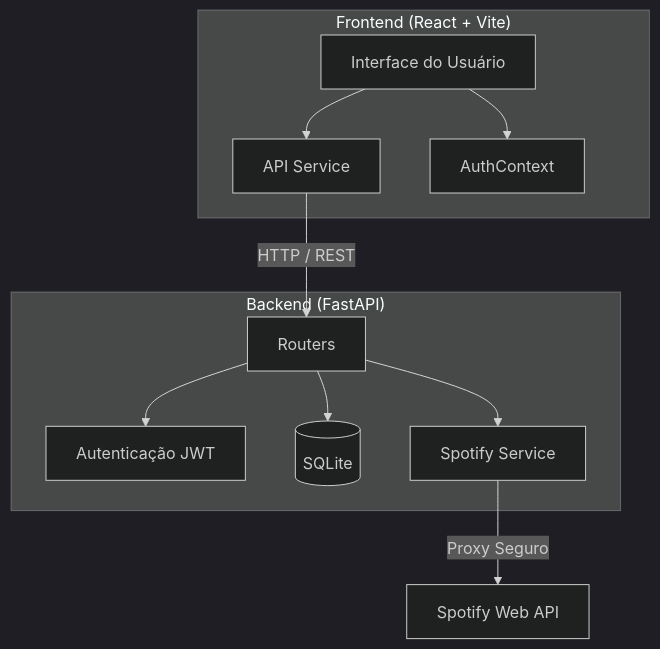
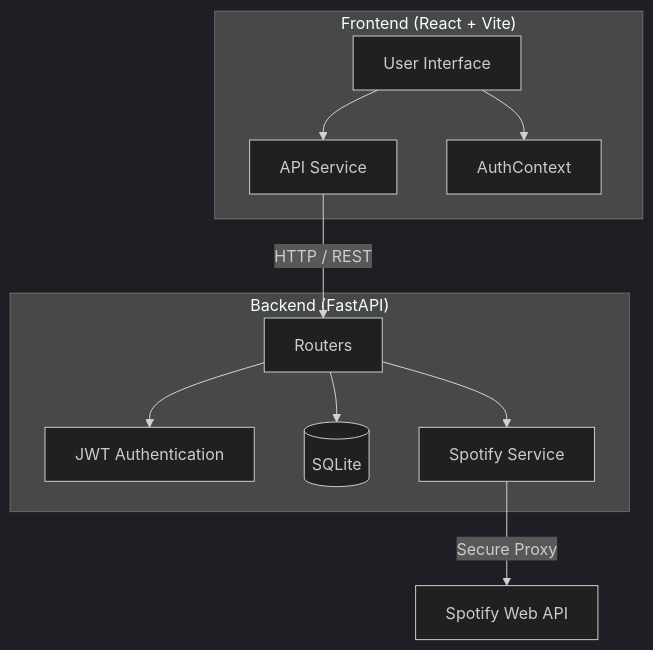
Before and after one commit to joaoportolan93/Needle: the diagram in README.md, drawn with Mermaid (dark theme). The commit also changed other lines of this file and 1 other file, not shown here.

````diff
--- a/README.md
+++ b/README.md
@@ -30,16 +32,16 @@
 ```mermaid
 graph TD
     subgraph Frontend ["Frontend (React + Vite)"]
-        UI[Interface do Usuário] --> API_CLIENT[API Service]
+        UI[User Interface] --> API_CLIENT[API Service]
         UI --> AUTH_CTX[AuthContext]
     end
 
     subgraph Backend ["Backend (FastAPI)"]
-        ROUTES[Routers] --> AUTH[Autenticação JWT]
+        ROUTES[Routers] --> AUTH[JWT Authentication]
         ROUTES --> DB[(SQLite)]
         ROUTES --> SPOTIFY_SVC[Spotify Service]
     end
 
     API_CLIENT -->|HTTP / REST| ROUTES
-    SPOTIFY_SVC -->|Proxy Seguro| SPOTIFY_API[Spotify Web API]
+    SPOTIFY_SVC -->|Secure Proxy| SPOTIFY_API[Spotify Web API]
 ```
````
